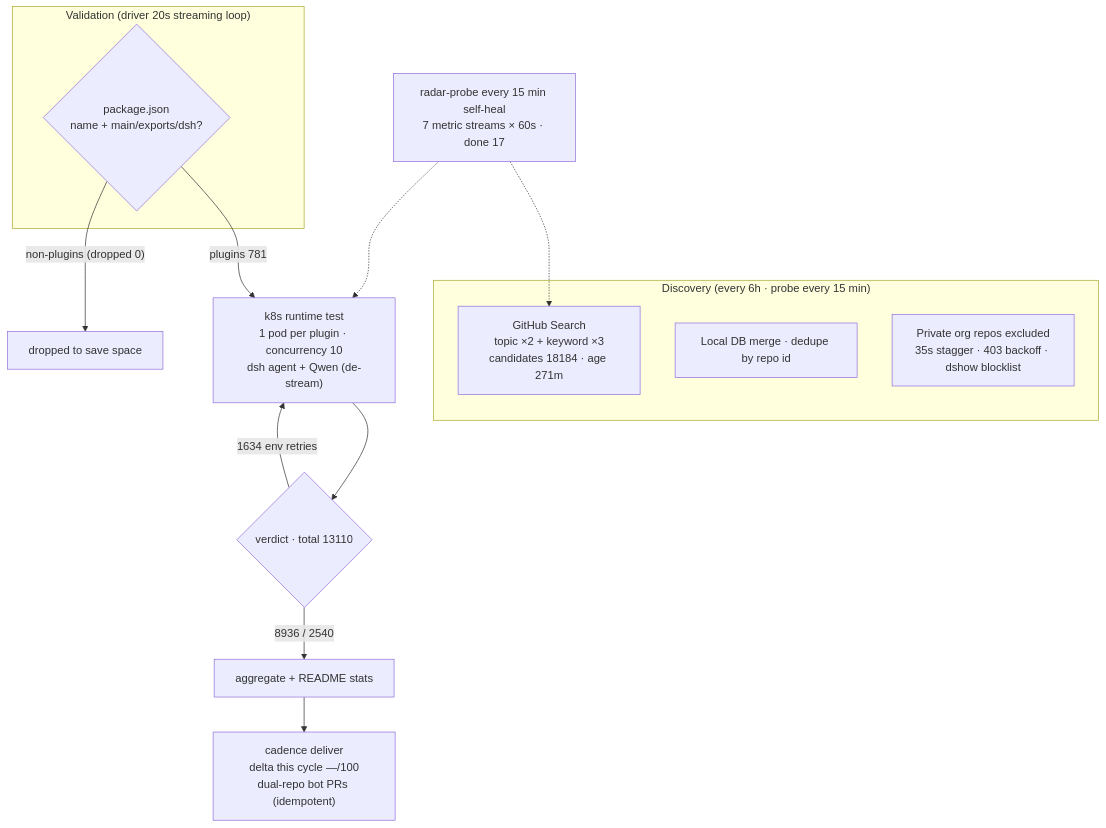
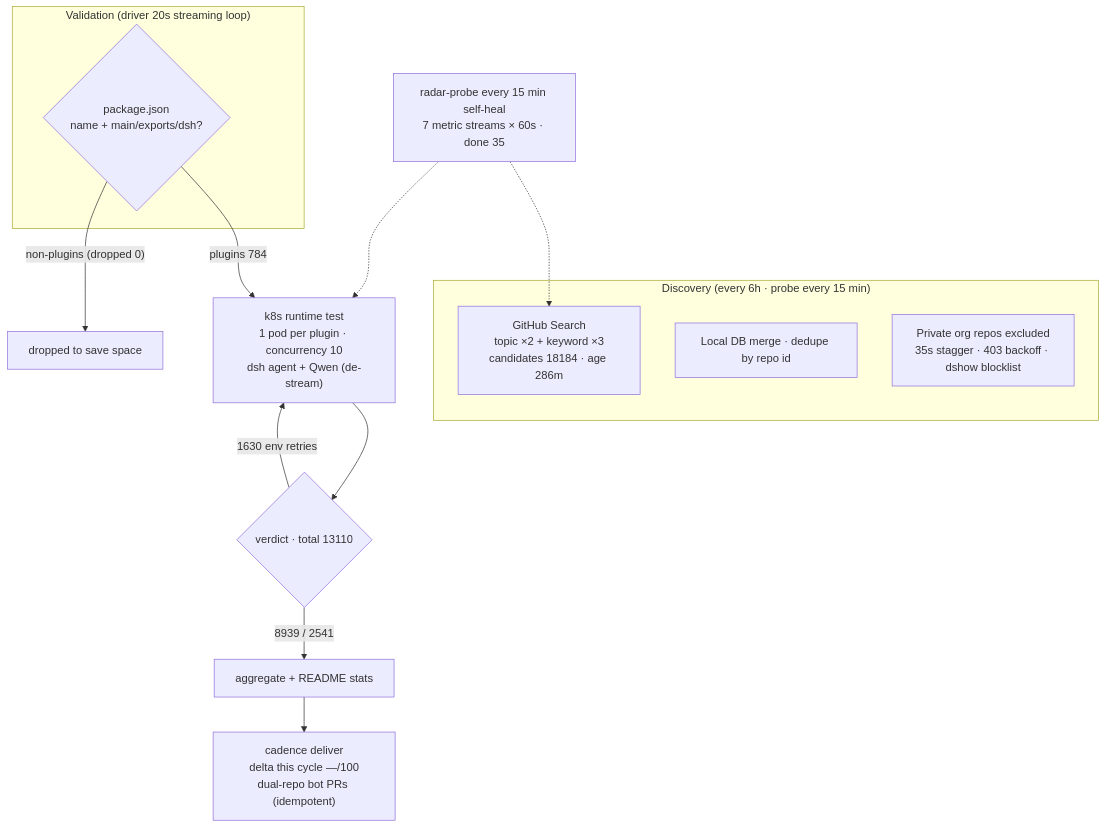
The diagram in README.en-US.md (AdamPlatin123/awesome-dsh-plugins), drawn with Mermaid before and after one commit. The commit also changed other lines of this file and 5 other files, not shown here.

````diff
--- a/README.en-US.md
+++ b/README.en-US.md
@@ -45,20 +45,20 @@
 ```mermaid
 flowchart TB
     subgraph Discovery["Discovery (every 6h · probe every 15 min)"]
-        A1["GitHub Search<br/>topic ×2 + keyword ×3<br/>candidates 18184 · age 271m"]
+        A1["GitHub Search<br/>topic ×2 + keyword ×3<br/>candidates 18184 · age 286m"]
         A2["Local DB merge · dedupe by repo id"]
         A3["Private org repos excluded<br/>35s stagger · 403 backoff · dshow blocklist"]
     end
     subgraph Validation["Validation (driver 20s streaming loop)"]
         B1{"package.json<br/>name + main/exports/dsh?"}
     end
-    B1 -->|"plugins 781"| C1["k8s runtime test<br/>1 pod per plugin · concurrency 10<br/>dsh agent + Qwen (de-stream)"]
+    B1 -->|"plugins 784"| C1["k8s runtime test<br/>1 pod per plugin · concurrency 10<br/>dsh agent + Qwen (de-stream)"]
     B1 -->|"non-plugins (dropped 0)"| B3["dropped to save space"]
     C1 --> D1{"verdict · total 13110"}
-    D1 -->|"8936 / 2540"| E1["aggregate + README stats"]
-    D1 -->|"1634 env retries"| C1
+    D1 -->|"8939 / 2541"| E1["aggregate + README stats"]
+    D1 -->|"1630 env retries"| C1
     E1 --> E2["cadence deliver<br/>delta this cycle —/100<br/>dual-repo bot PRs (idempotent)"]
-    M["radar-probe every 15 min self-heal<br/>7 metric streams × 60s · done 17"]
+    M["radar-probe every 15 min self-heal<br/>7 metric streams × 60s · done 35"]
     M -.-> A1
     M -.-> C1
 ```
````
